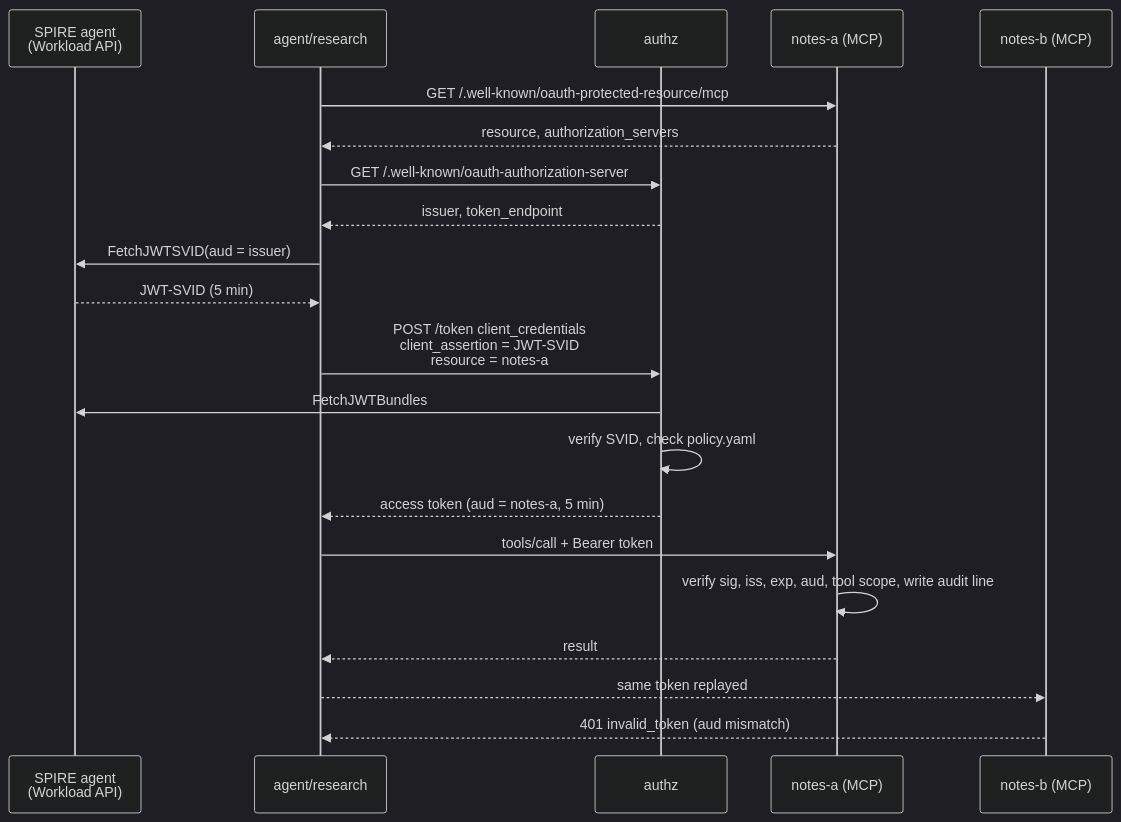
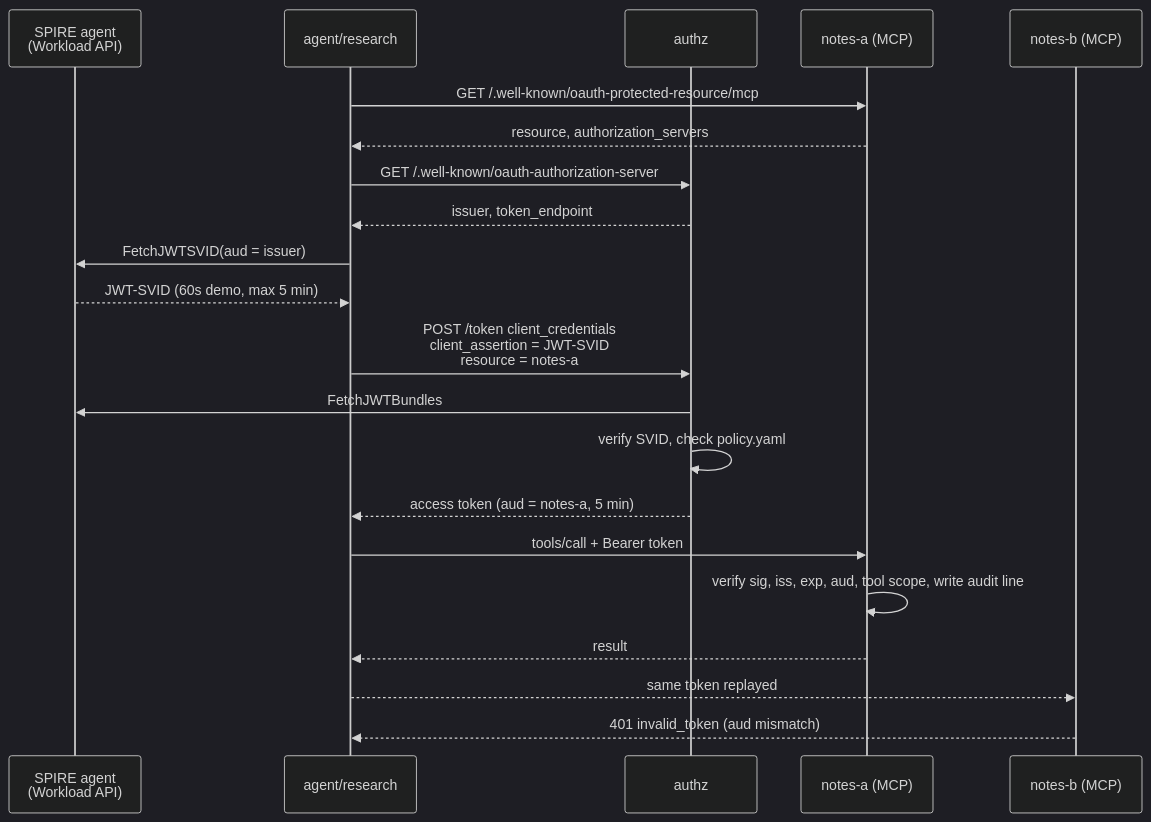
The second of 3 diagrams in docs/architecture.md (tanya-ok/mcp-svid-auth), drawn with Mermaid (dark theme) before and after one commit. The commit also changed other lines of this file and 150 other files, not shown here.

````diff
--- a/docs/architecture.md
+++ b/docs/architecture.md
@@ -55,24 +55,24 @@
 ```mermaid
 sequenceDiagram
     participant SA as SPIRE agent<br/>(Workload API)
     participant AG as agent/research
     participant AZ as authz
     participant A as notes-a (MCP)
     participant B as notes-b (MCP)
 
     AG->>A: GET /.well-known/oauth-protected-resource/mcp
     A-->>AG: resource, authorization_servers
     AG->>AZ: GET /.well-known/oauth-authorization-server
     AZ-->>AG: issuer, token_endpoint
     AG->>SA: FetchJWTSVID(aud = issuer)
-    SA-->>AG: JWT-SVID (5 min)
+    SA-->>AG: JWT-SVID (60s demo, max 5 min)
     AG->>AZ: POST /token client_credentials<br/>client_assertion = JWT-SVID<br/>resource = notes-a
     AZ->>SA: FetchJWTBundles
     AZ->>AZ: verify SVID, check policy.yaml
     AZ-->>AG: access token (aud = notes-a, 5 min)
     AG->>A: tools/call + Bearer token
     A->>A: verify sig, iss, exp, aud, tool scope, write audit line
     A-->>AG: result
     AG-->>B: same token replayed
     B-->>AG: 401 invalid_token (aud mismatch)
 ```
````
